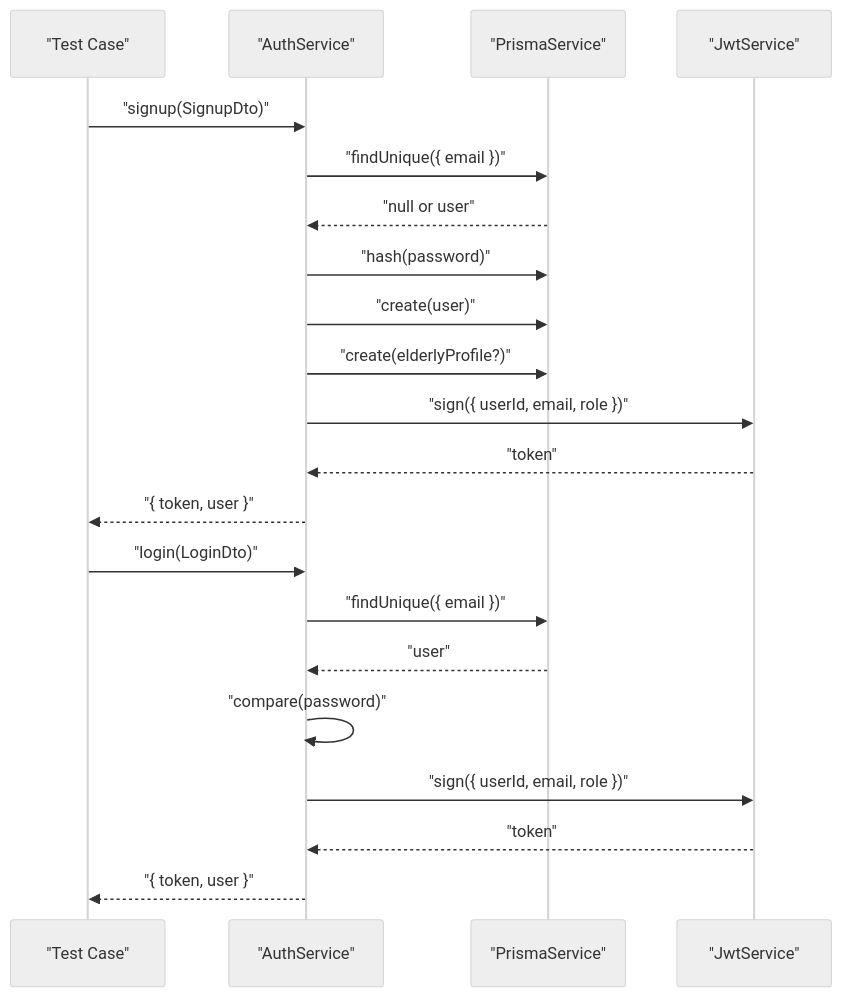
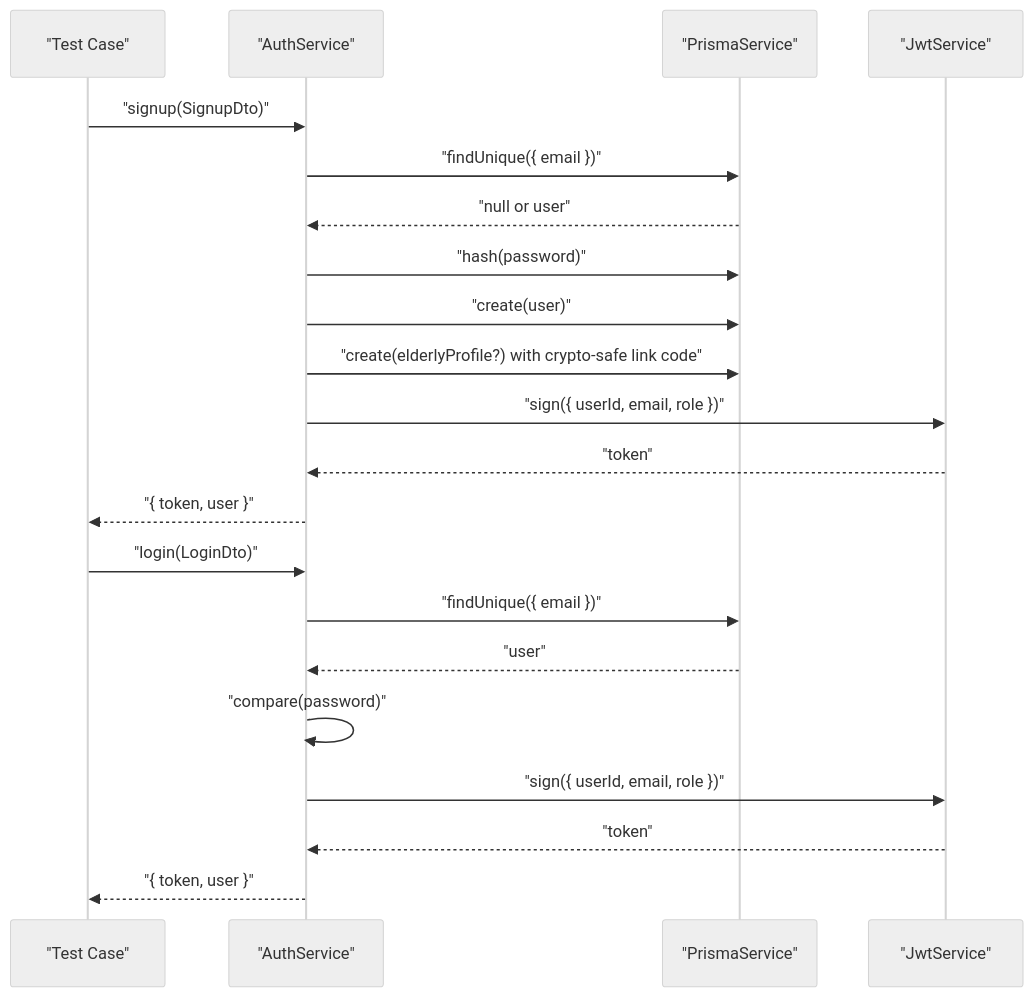
Before and after one commit to jairosouza67/99-Pai: the third of 18 diagrams in .qoder/repowiki/en/content/Testing & Deployment.md, drawn with Mermaid (neutral theme). The commit also changed other lines of this file and 4 other files, not shown here.

Commit message:
docs: update repository wiki metadata and architecture notes

````diff
--- a/.qoder/repowiki/en/content/Testing & Deployment.md
+++ b/.qoder/repowiki/en/content/Testing & Deployment.md
@@ -251,23 +310,23 @@
 ```mermaid
 sequenceDiagram
 participant Test as "Test Case"
 participant Service as "AuthService"
 participant Prisma as "PrismaService"
 participant JWT as "JwtService"
 Test->>Service : "signup(SignupDto)"
 Service->>Prisma : "findUnique({ email })"
 Prisma-->>Service : "null or user"
 Service->>Prisma : "hash(password)"
 Service->>Prisma : "create(user)"
-Service->>Prisma : "create(elderlyProfile?)"
+Service->>Prisma : "create(elderlyProfile?) with crypto-safe link code"
 Service->>JWT : "sign({ userId, email, role })"
 JWT-->>Service : "token"
 Service-->>Test : "{ token, user }"
 Test->>Service : "login(LoginDto)"
 Service->>Prisma : "findUnique({ email })"
 Prisma-->>Service : "user"
 Service->>Service : "compare(password)"
 Service->>JWT : "sign({ userId, email, role })"
 JWT-->>Service : "token"
 Service-->>Test : "{ token, user }"
 ```
````
